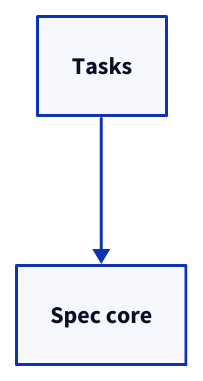
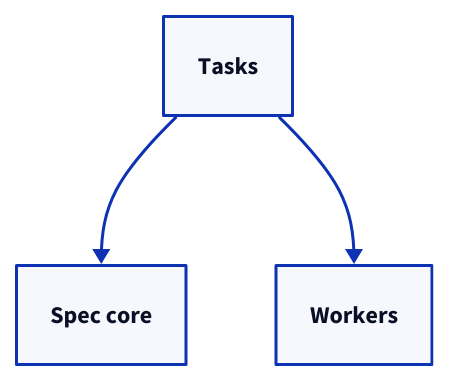
The fourth of 4 diagrams in specs/concorde/tasks/module.md (FTOD/concorde), drawn with D2 before and after one commit. The commit also changed other lines of this file and 43 other files, not shown here.

````diff
--- a/specs/concorde/tasks/module.md
+++ b/specs/concorde/tasks/module.md
@@ -288,5 +293,7 @@
 ```d2
 tasks: Tasks
 spec: Spec core
+workers: Workers
 tasks -> spec
+tasks -> workers
 ```
````
